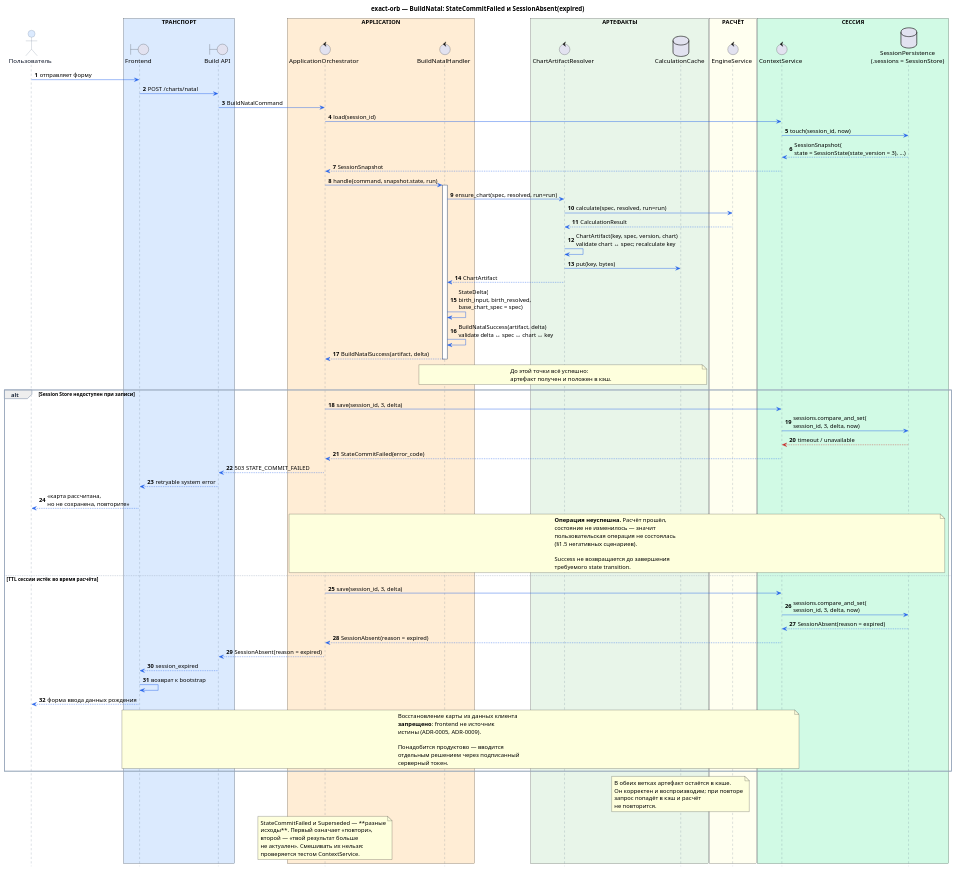
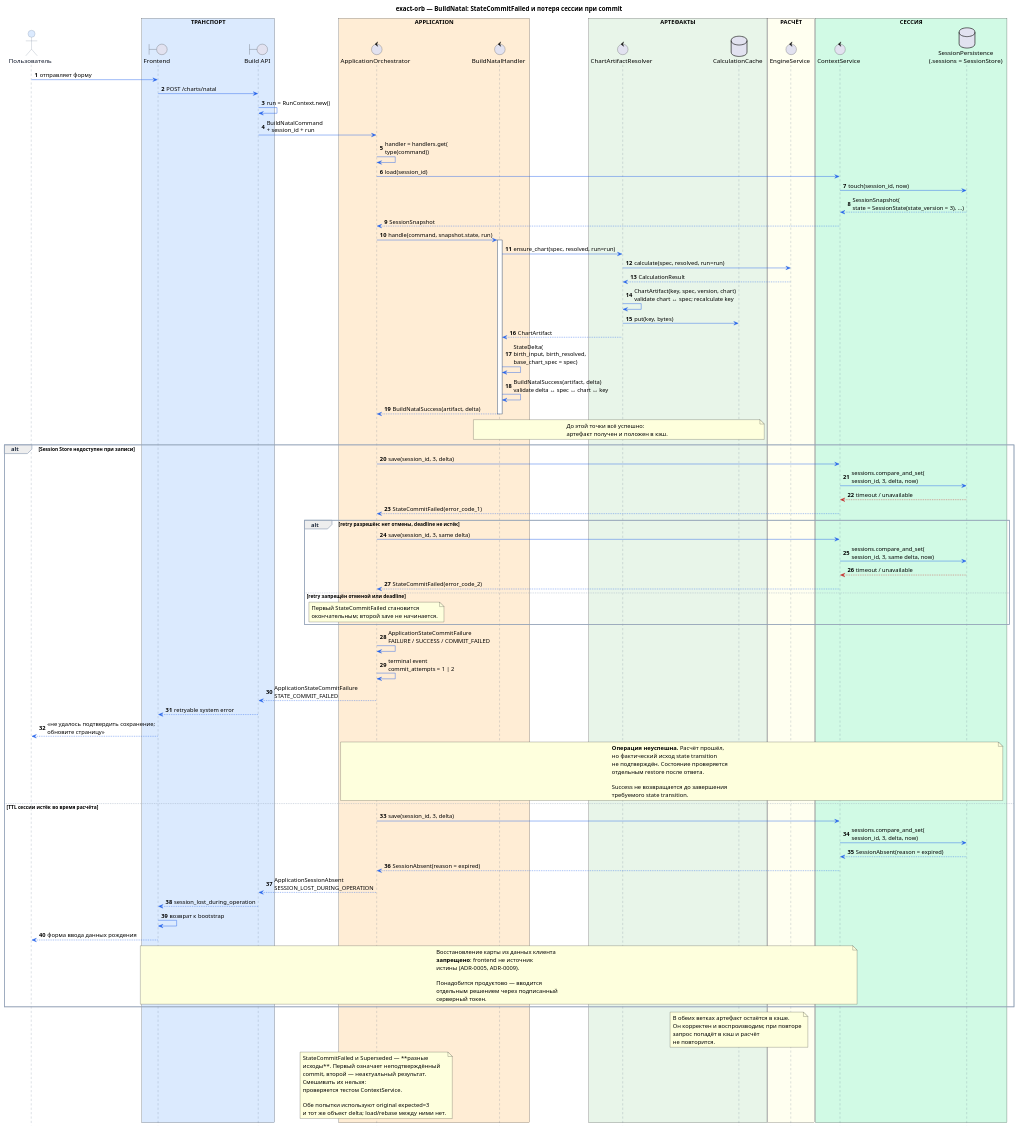
One commit to ksenia-baranova/exact-orb-demo changed the diagram in docs/sequence_diagrams/build_natal/007-build_natal_commit_failure_and_session_expired.puml. Above: the diagram before and after it, drawn with PlantUML. The commit also changed 28 other files, not shown here.

Commit message:
docs: update architecture diagrams, overview, and scenarios

```diff
--- a/docs/sequence_diagrams/build_natal/007-build_natal_commit_failure_and_session_expired.puml
+++ b/docs/sequence_diagrams/build_natal/007-build_natal_commit_failure_and_session_expired.puml
@@ -1,155 +1,175 @@
 @startuml
-title exact-orb — BuildNatal: StateCommitFailed и SessionAbsent(expired)
+title exact-orb — BuildNatal: StateCommitFailed и потеря сессии при commit
 
 ' Расчёт прошёл, состояние — нет. Успешный расчёт не равен
 ' успешной пользовательской операции (ADR-0006).
 
 autonumber
 hide footbox
 
 skinparam shadowing false
 skinparam responseMessageBelowArrow true
 
 skinparam sequence {
     ArrowColor #2563EB
     LifeLineBorderColor #64748B
     LifeLineBackgroundColor #FFFFFF
 
     ParticipantBorderColor #64748B
     ParticipantFontColor #0F172A
     ParticipantBackgroundColor #F8FAFC
 
     ActorBorderColor #64748B
     ActorFontColor #0F172A
     ActorBackgroundColor #DBEAFE
 
     GroupBorderColor #94A3B8
     GroupHeaderFontColor #1E293B
 
     DividerBorderColor #94A3B8
     DividerFontColor #1E293B
 
     NoteBorderColor #94A3B8
     NoteBackgroundColor #FFFBEA
     NoteFontColor #334155
 }
 
 actor "Пользователь" as User
 
 box "ТРАНСПОРТ" #DBEAFE
     boundary "Frontend" as FE
     boundary "Build API" as API
 end box
 
 box "APPLICATION" #FFEDD5
     control "ApplicationOrchestrator" as Orch
     control "BuildNatalHandler" as Handler
 end box
 
 box "АРТЕФАКТЫ" #E8F5E9
     control "ChartArtifactResolver" as Artifacts
     database "CalculationCache" as Cache
 end box
 
 box "РАСЧЁТ" #FFFFF0
     control "EngineService" as Engine
 end box
 
 box "СЕССИЯ" #D1FAE5
     control "ContextService" as Context
     database "SessionPersistence\n(.sessions = SessionStore)" as Store
 end box
 
 
 User -> FE : отправляет форму
 FE -> API : POST /charts/natal
-API -> Orch : BuildNatalCommand
+API -> API : run = RunContext.new()
+API -> Orch : BuildNatalCommand\n+ session_id + run
+
+Orch -> Orch : handler = handlers.get(\ntype(command))
 
 Orch -> Context : load(session_id)
 Context -> Store : touch(session_id, now)
 Store --> Context : SessionSnapshot(\nstate = SessionState(state_version = 3), ...)
 Context --> Orch : SessionSnapshot
 
 Orch -> Handler : handle(command, snapshot.state, run)
 activate Handler
 
 Handler -> Artifacts : ensure_chart(spec, resolved, run=run)
 Artifacts -> Engine : calculate(spec, resolved, run=run)
 Engine --> Artifacts : CalculationResult
 Artifacts -> Artifacts : ChartArtifact(key, spec, version, chart)\nvalidate chart ↔ spec; recalculate key
 Artifacts -> Cache : put(key, bytes)
 Artifacts --> Handler : ChartArtifact
 
 Handler -> Handler : StateDelta(\nbirth_input, birth_resolved,\nbase_chart_spec = spec)
 Handler -> Handler : BuildNatalSuccess(artifact, delta)\nvalidate delta ↔ spec ↔ chart ↔ key
 
 Handler --> Orch : BuildNatalSuccess(artifact, delta)
 deactivate Handler
 
 note over Handler, Cache
 До этой точки всё успешно:
 артефакт получен и положен в кэш.
 end note
 
 
 alt Session Store недоступен при записи
 
     Orch -> Context : save(session_id, 3, delta)
     Context -> Store : sessions.compare_and_set(\nsession_id, 3, delta, now)
     Store -[#C62828]-> Context : timeout / unavailable
-    Context --> Orch : StateCommitFailed(error_code)
+    Context --> Orch : StateCommitFailed(error_code_1)
 
-    Orch --> API : 503 STATE_COMMIT_FAILED
+    alt retry разрешён: нет отмены, deadline не истёк
+        Orch -> Context : save(session_id, 3, same delta)
+        Context -> Store : sessions.compare_and_set(\nsession_id, 3, same delta, now)
+        Store -[#C62828]-> Context : timeout / unavailable
+        Context --> Orch : StateCommitFailed(error_code_2)
+    else retry запрещён отменой или deadline
+        note over Orch
+        Первый StateCommitFailed становится
+        окончательным; второй save не начинается.
+        end note
+    end
+
+    Orch -> Orch : ApplicationStateCommitFailure\nFAILURE / SUCCESS / COMMIT_FAILED
+    Orch -> Orch : terminal event\ncommit_attempts = 1 | 2
+    Orch --> API : ApplicationStateCommitFailure\nSTATE_COMMIT_FAILED
     API --> FE : retryable system error
-    FE --> User : «карта рассчитана,\nно не сохранена, повторите»
+    FE --> User : «не удалось подтвердить сохранение;\nобновите страницу»
 
     note over Orch, Store
     **Операция неуспешна.** Расчёт прошёл,
-    состояние не изменилось — значит
-    пользовательская операция не состоялась
-    (§1.5 негативных сценариев).
+    но фактический исход state transition
+    не подтверждён. Состояние проверяется
+    отдельным restore после ответа.
 
     Success не возвращается до завершения
     требуемого state transition.
     end note
 
 else TTL сессии истёк во время расчёта
 
     Orch -> Context : save(session_id, 3, delta)
     Context -> Store : sessions.compare_and_set(\nsession_id, 3, delta, now)
     Store --> Context : SessionAbsent(reason = expired)
     Context --> Orch : SessionAbsent(reason = expired)
 
-    Orch --> API : SessionAbsent(reason = expired)
-    API --> FE : session_expired
+    Orch --> API : ApplicationSessionAbsent\nSESSION_LOST_DURING_OPERATION
+    API --> FE : session_lost_during_operation
     FE -> FE : возврат к bootstrap
     FE --> User : форма ввода данных рождения
 
     note over FE, Context
     Восстановление карты из данных клиента
     **запрещено**: frontend не источник
     истины (ADR-0005, ADR-0009).
 
     Понадобится продуктово — вводится
     отдельным решением через подписанный
     серверный токен.
     end note
 
 end
 
 note over Cache
 В обеих ветках артефакт остаётся в кэше.
 Он корректен и воспроизводим; при повторе
 запрос попадёт в кэш и расчёт
 не повторится.
 end note
 
 note over Orch
 StateCommitFailed и Superseded — **разные
-исходы**. Первый означает «повтори»,
-второй — «твой результат больше
-не актуален». Смешивать их нельзя:
+исходы**. Первый означает неподтверждённый
+commit, второй — неактуальный результат.
+Смешивать их нельзя:
 проверяется тестом ContextService.
+
+Обе попытки используют original expected=3
+и тот же объект delta; load/rebase между ними нет.
 end note
 
 @enduml
```
